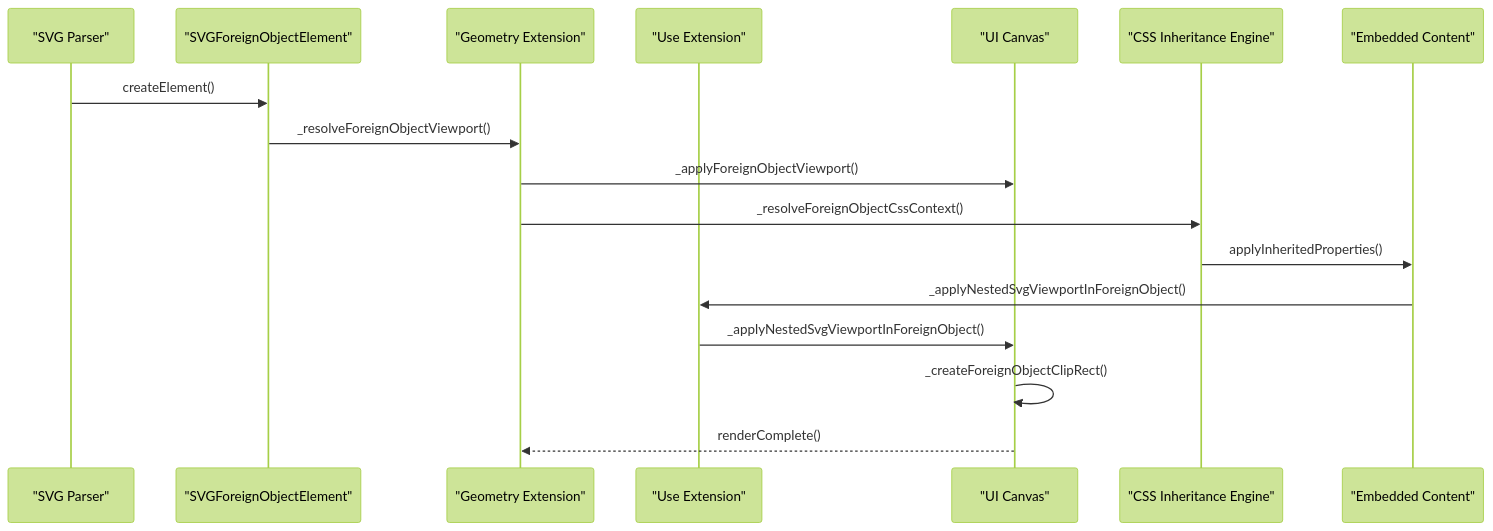
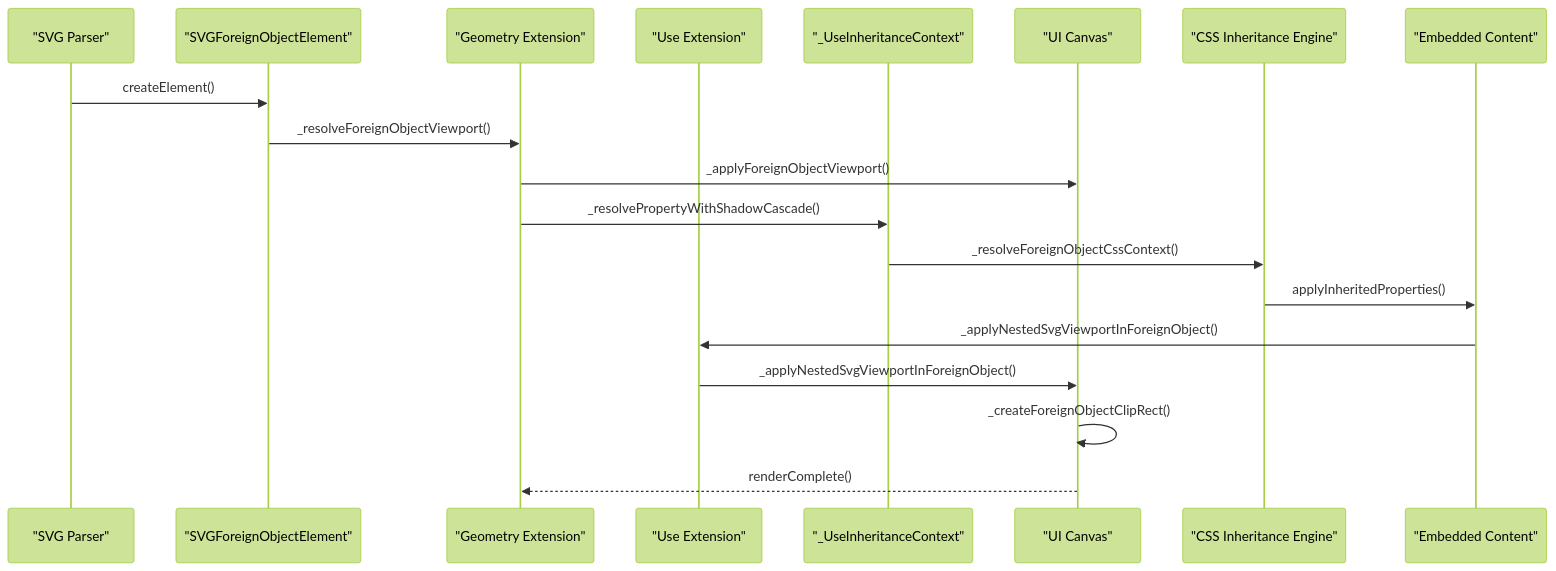
The third of 6 diagrams in .qoder/repowiki/en/content/Advanced Features/ForeignObject Semantics.md (denisnadey/flutter_full_svg_support), drawn with Mermaid (forest theme) before and after one commit. The commit also changed other lines of this file and 65 other files, not shown here.

````diff
--- a/.qoder/repowiki/en/content/Advanced Features/ForeignObject Semantics.md
+++ b/.qoder/repowiki/en/content/Advanced Features/ForeignObject Semantics.md
@@ -169,19 +184,21 @@
 ```mermaid
 sequenceDiagram
 participant Parser as "SVG Parser"
 participant FO as "SVGForeignObjectElement"
 participant GeometryExt as "Geometry Extension"
 participant UseExt as "Use Extension"
+participant UseContext as "_UseInheritanceContext"
 participant Canvas as "UI Canvas"
 participant CSS as "CSS Inheritance Engine"
 participant Content as "Embedded Content"
 Parser->>FO : createElement()
 FO->>GeometryExt : _resolveForeignObjectViewport()
 GeometryExt->>Canvas : _applyForeignObjectViewport()
-GeometryExt->>CSS : _resolveForeignObjectCssContext()
+GeometryExt->>UseContext : _resolvePropertyWithShadowCascade()
+UseContext->>CSS : _resolveForeignObjectCssContext()
 CSS->>Content : applyInheritedProperties()
 Content->>UseExt : _applyNestedSvgViewportInForeignObject()
 UseExt->>Canvas : _applyNestedSvgViewportInForeignObject()
 Canvas->>Canvas : _createForeignObjectClipRect()
 Canvas-->>GeometryExt : renderComplete()
 ```
````
